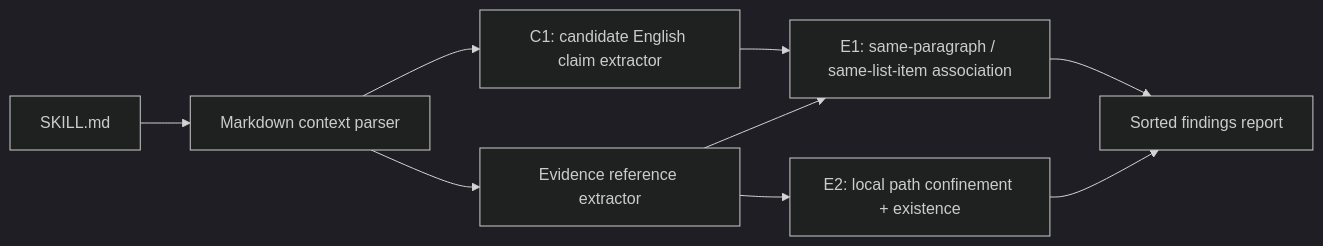
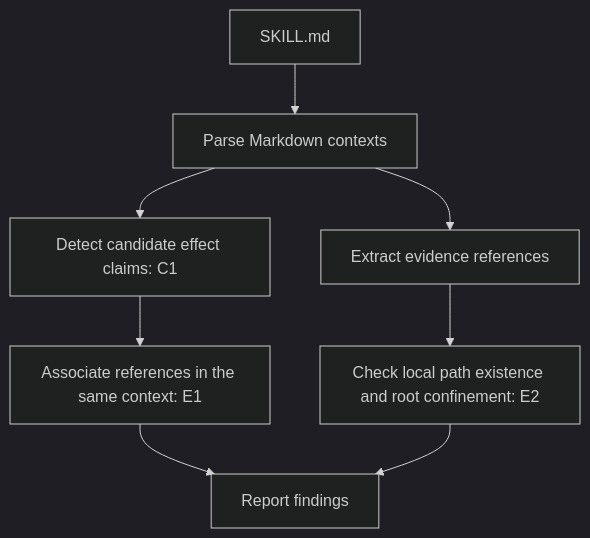
The diagram in README.md (xiaohei52056/skill-evidence-lint), drawn with Mermaid (dark theme) before and after one commit. The commit also changed other lines of this file, not shown here.

````diff
--- a/README.md
+++ b/README.md
@@ -59,11 +96,10 @@
 ```mermaid
-flowchart LR
-  A[SKILL.md] --> B[Markdown context parser]
-  B --> C[C1: candidate English claim extractor]
-  B --> D[Evidence reference extractor]
-  C --> E[E1: same-paragraph / same-list-item association]
-  D --> E
-  D --> F[E2: local path confinement + existence]
-  E --> G[Sorted findings report]
-  F --> G
+flowchart TD
+    A[SKILL.md] --> B[Parse Markdown contexts]
+    B --> C[Detect candidate effect claims: C1]
+    B --> D[Extract evidence references]
+    C --> E[Associate references in the same context: E1]
+    D --> F[Check local path existence and root confinement: E2]
+    E --> G[Report findings]
+    F --> G
 ```
````
